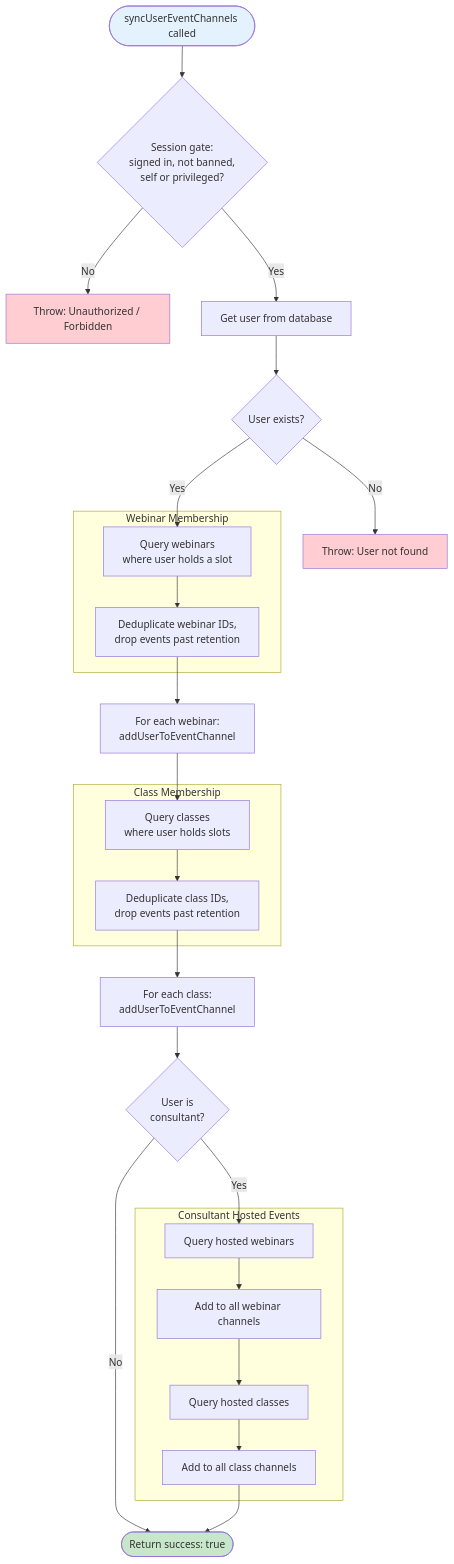
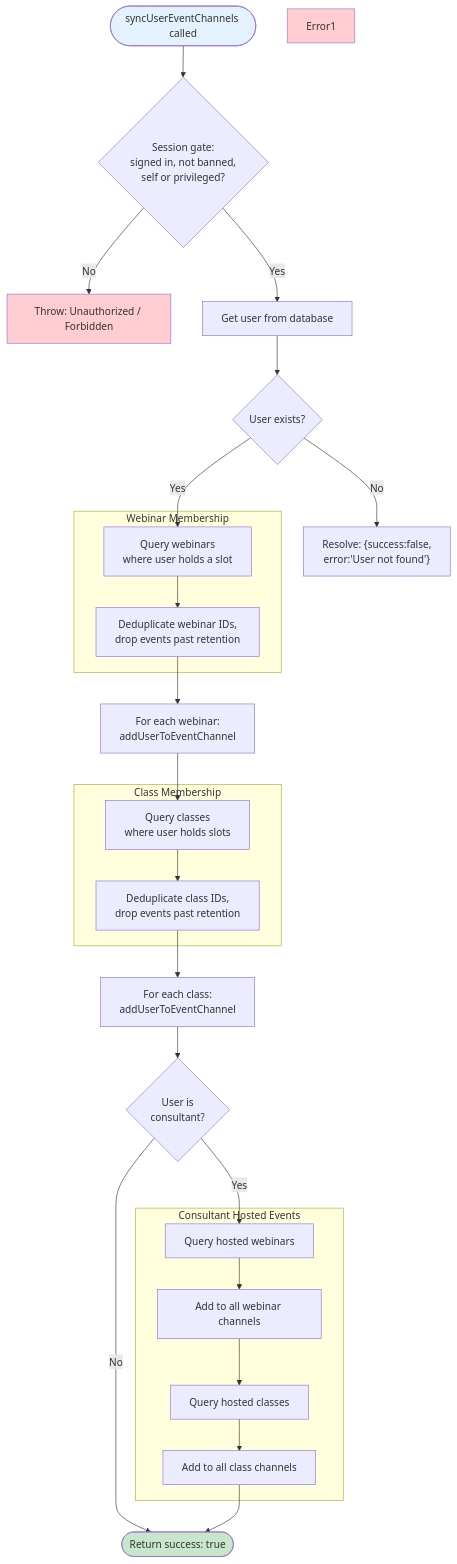
One commit to Practitionist/familiarise_web changed the second of 2 diagrams in docs/stream/06-channel-management.md. Above: the diagram before and after it, drawn with Mermaid. The commit also changed other lines of this file and 5 other files, not shown here.

````diff
--- a/docs/stream/06-channel-management.md
+++ b/docs/stream/06-channel-management.md
@@ -362,55 +362,55 @@
 ```mermaid
 flowchart TB
     Start([syncUserEventChannels called])
     Start --> AuthGate{"Session gate:<br/>signed in, not banned,<br/>self or privileged?"}
     AuthGate -->|No| Error0[Throw: Unauthorized / Forbidden]
     AuthGate -->|Yes| GetUser[Get user from database]
 
     GetUser --> CheckUser{User exists?}
-    CheckUser -->|No| Error1[Throw: User not found]
+    CheckUser -->|No| ResolveMissing["Resolve: {success:false,<br/>error:'User not found'}"]
     CheckUser -->|Yes| GetWebinarsAppts
 
     subgraph "Webinar Membership"
         GetWebinarsAppts[Query webinars<br/>where user holds a slot]
         DedupeWebinars[Deduplicate webinar IDs,<br/>drop events past retention]
 
         GetWebinarsAppts --> DedupeWebinars
     end
 
     DedupeWebinars --> AddToWebinars[For each webinar:<br/>addUserToEventChannel]
 
     subgraph "Class Membership"
         GetClassesAppts[Query classes<br/>where user holds slots]
         DedupeClasses[Deduplicate class IDs,<br/>drop events past retention]
 
         GetClassesAppts --> DedupeClasses
     end
 
     AddToWebinars --> GetClassesAppts
     DedupeClasses --> AddToClasses[For each class:<br/>addUserToEventChannel]
 
     AddToClasses --> IsConsultant{User is<br/>consultant?}
 
     IsConsultant -->|No| Success
     IsConsultant -->|Yes| GetHostedWebinars
 
     subgraph "Consultant Hosted Events"
         GetHostedWebinars[Query hosted webinars]
         GetHostedClasses[Query hosted classes]
         AddConsultantToWebinars[Add to all webinar channels]
         AddConsultantToClasses[Add to all class channels]
 
         GetHostedWebinars --> AddConsultantToWebinars
         GetHostedClasses --> AddConsultantToClasses
     end
 
     AddConsultantToWebinars --> GetHostedClasses
     AddConsultantToClasses --> Success
 
     Success([Return success: true])
 
     style Start fill:#e3f2fd
     style Success fill:#c8e6c9
     style Error0 fill:#ffcdd2
     style Error1 fill:#ffcdd2
 ```
````
